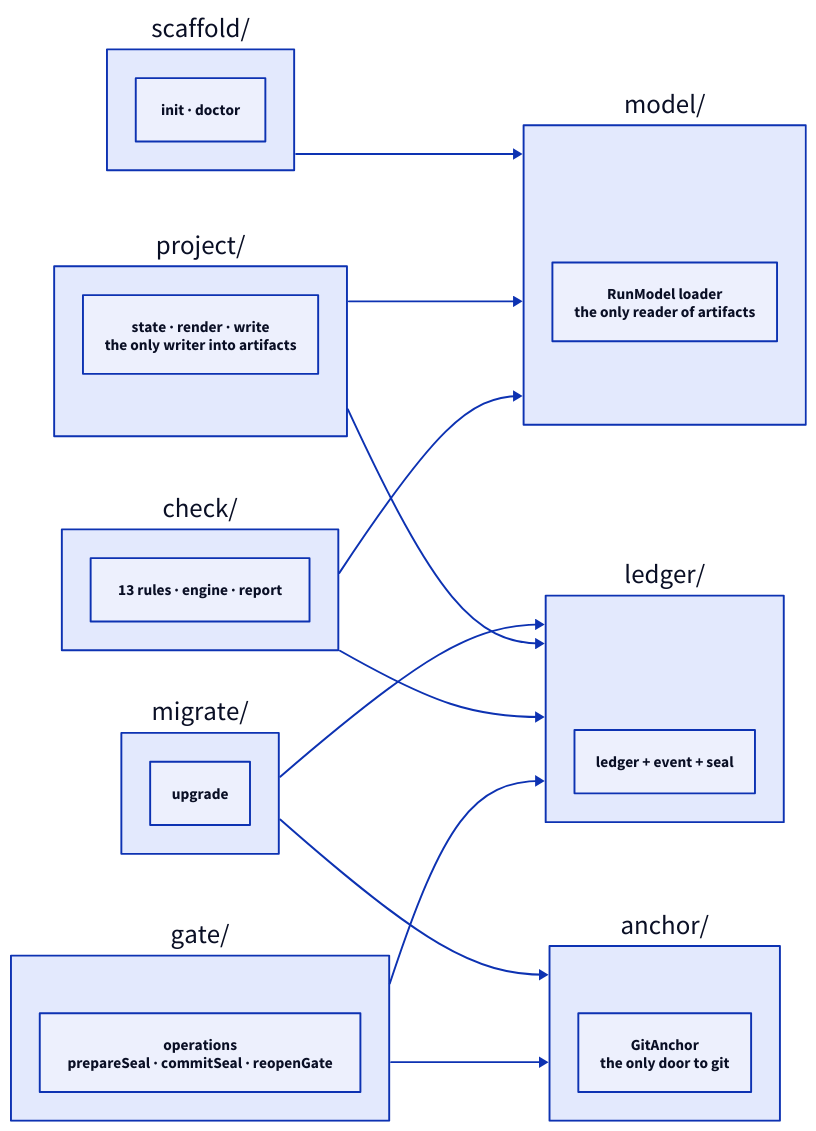
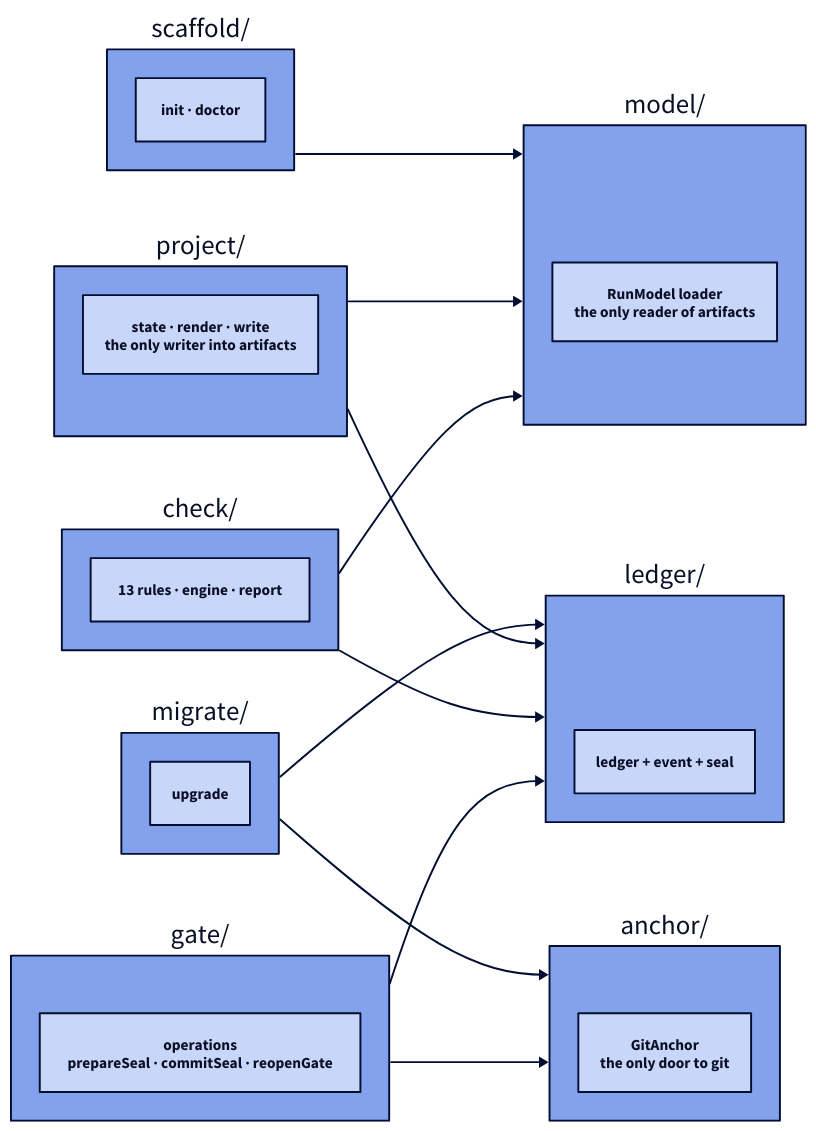
One commit to sakhujarohan/keel changed the second of 2 diagrams in specs/keel-v2/plan-of-record.md. Above: the diagram before and after it, drawn with D2. The commit also changed 3 other files, not shown here.

First line of the commit message:
docs: re-theme both README diagrams to D2's Colorblind Clear palette

````diff
--- a/specs/keel-v2/plan-of-record.md
+++ b/specs/keel-v2/plan-of-record.md
@@ -94,38 +94,44 @@
 ```d2
+vars: {
+  d2-config: {
+    theme-id: 8
+  }
+}
+
 direction: right
 
 model: "model/" {
   loader: "RunModel loader\nthe only reader of artifacts"
 }
 anchor: "anchor/" {
   git: "GitAnchor\nthe only door to git"
 }
 ledgerdir: "ledger/" {
   led: "ledger + event + seal"
 }
 gatedir: "gate/" {
   ops: "operations\nprepareSeal · commitSeal · reopenGate"
 }
 checkdir: "check/" {
   rules: "13 rules · engine · report"
 }
 projectdir: "project/" {
   proj: "state · render · write\nthe only writer into artifacts"
 }
 scaffolddir: "scaffold/" {
   scaf: "init · doctor"
 }
 migratedir: "migrate/" {
   mig: "upgrade"
 }
 
 gatedir -> ledgerdir
 gatedir -> anchor
 checkdir -> model
 checkdir -> ledgerdir
 projectdir -> ledgerdir
 projectdir -> model
 migratedir -> ledgerdir
 migratedir -> anchor
 scaffolddir -> model
 ```
````
